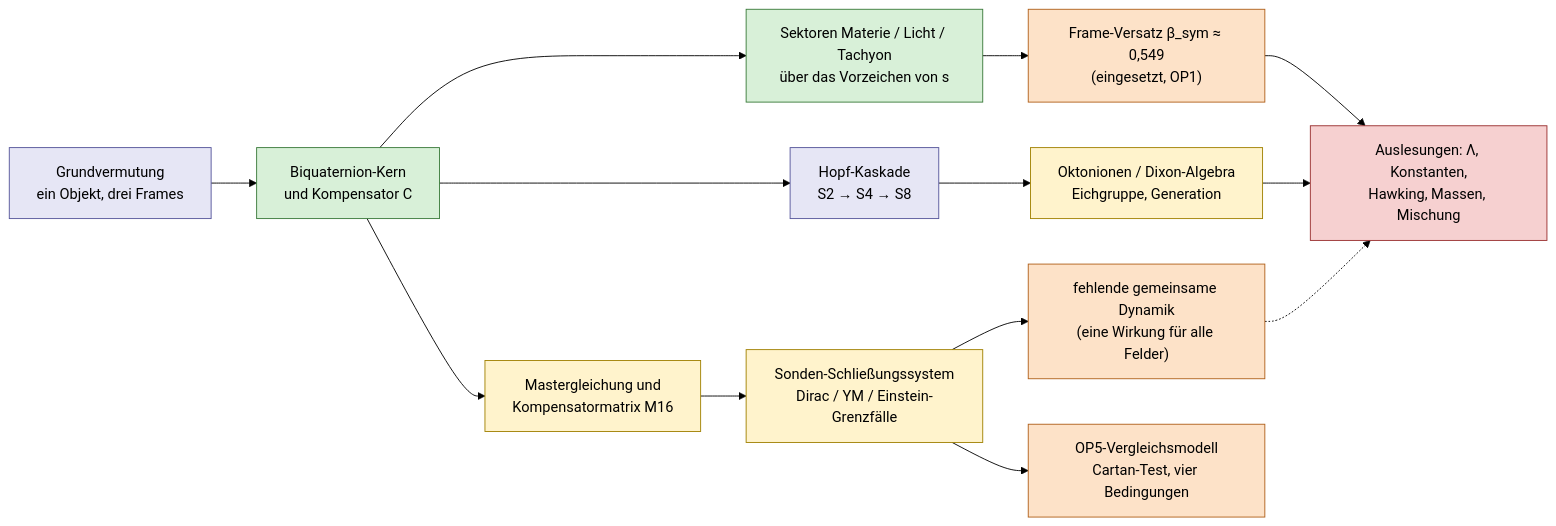
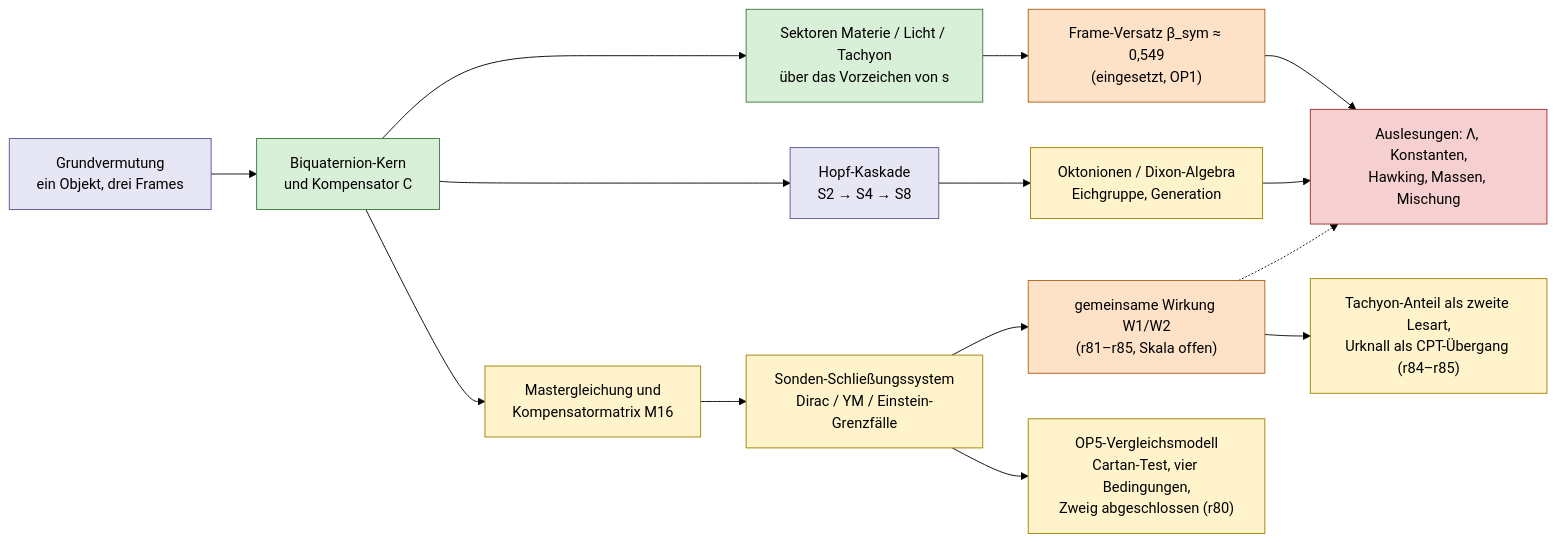
One commit to Moriarty1982/QuantumSphere-Unfold changed the second of 2 diagrams in wiki/Gesamtbild.md. Above: the diagram before and after it, drawn with Mermaid (forest theme). The commit also changed other lines of this file and 6 other files, not shown here.

First line of the commit message:
Wiki: Stand nach r85 auf Home, Gesamtbild (Thesen, Mindmap, Entwicklung), Hinweise fuer LLMs, Versionen und Quellen, Begriffe, Dokumentfuehrer, Vorhersagen

````diff
--- a/wiki/Gesamtbild.md
+++ b/wiki/Gesamtbild.md
@@ -64,20 +64,21 @@
 ```mermaid
 flowchart LR
   V["Grundvermutung<br/>ein Objekt, drei Frames"]:::verm --> K["Biquaternion-Kern<br/>und Kompensator C"]:::ok
   K --> S["Sektoren Materie / Licht / Tachyon<br/>über das Vorzeichen von s"]:::ok
   K --> H["Hopf-Kaskade<br/>S2 → S4 → S8"]:::verm
   H --> O["Oktonionen / Dixon-Algebra<br/>Eichgruppe, Generation"]:::bed
   S --> B["Frame-Versatz β_sym ≈ 0,549<br/>(eingesetzt, OP1)"]:::offen
   B --> P["Auslesungen: Λ, Konstanten,<br/>Hawking, Massen, Mischung"]:::wid
   O --> P
   K --> M["Mastergleichung und<br/>Kompensatormatrix M16"]:::bed
   M --> F["Sonden-Schließungssystem<br/>Dirac / YM / Einstein-Grenzfälle"]:::bed
-  F --> D["fehlende gemeinsame Dynamik<br/>(eine Wirkung für alle Felder)"]:::offen
+  F --> D["gemeinsame Wirkung W1/W2<br/>(r81–r85, Skala offen)"]:::offen
+  D --> W["Tachyon-Anteil als zweite Lesart,<br/>Urknall als CPT-Übergang (r84–r85)"]:::bed
   D -.-> P
-  F --> OP5["OP5-Vergleichsmodell<br/>Cartan-Test, vier Bedingungen"]:::offen
+  F --> OP5["OP5-Vergleichsmodell<br/>Cartan-Test, vier Bedingungen,<br/>Zweig abgeschlossen (r80)"]:::bed
   classDef ok fill:#d8f0d8,stroke:#3a7a3a,color:#000
   classDef verm fill:#e6e6f5,stroke:#55559a,color:#000
   classDef bed fill:#fff3cc,stroke:#a08000,color:#000
   classDef offen fill:#fde2c8,stroke:#b0601a,color:#000
   classDef wid fill:#f6d0d0,stroke:#9a3030,color:#000
 ```
````
